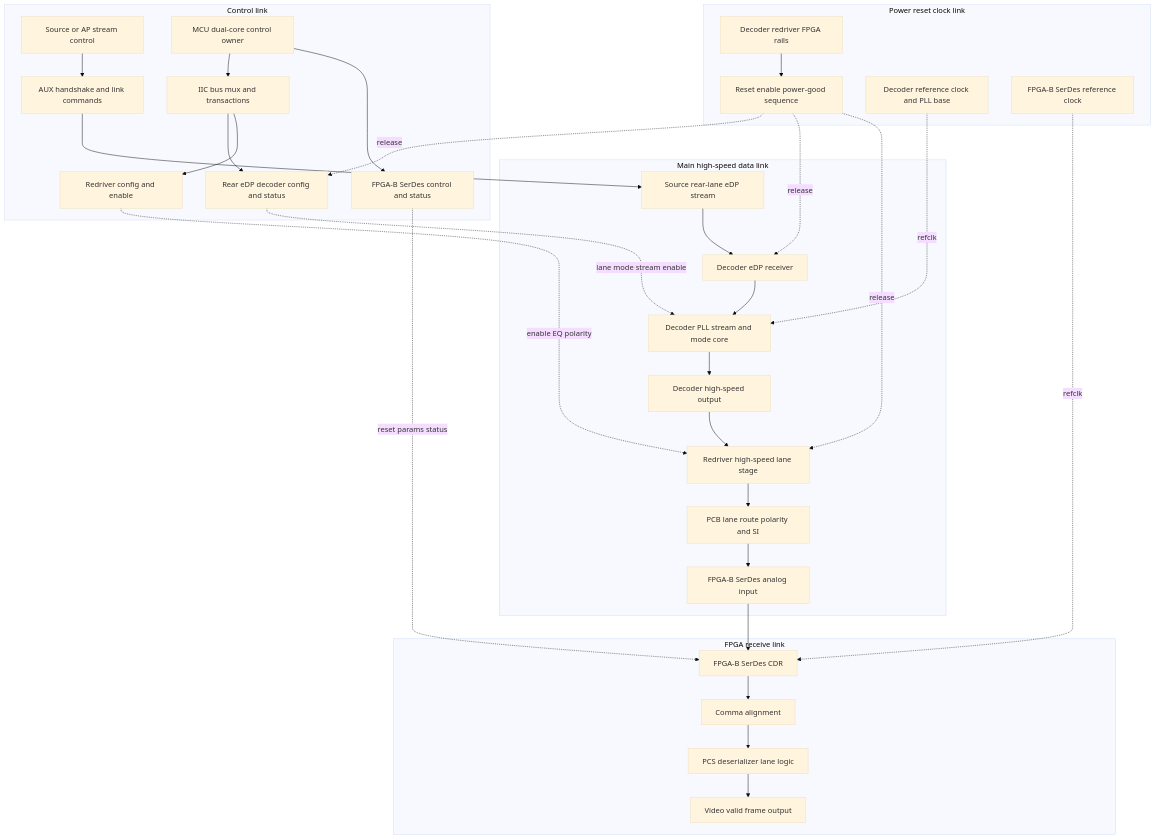
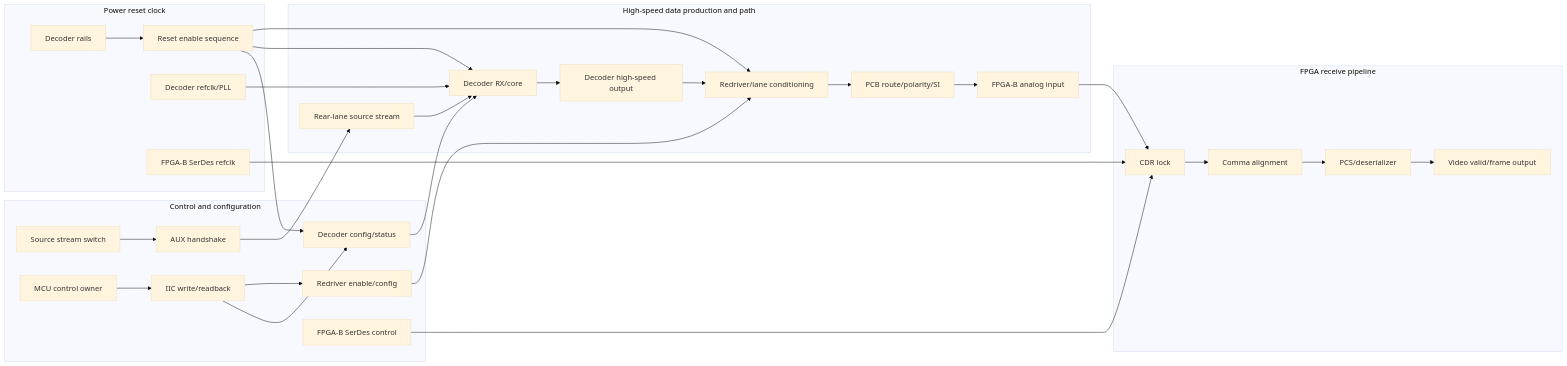
One commit to joyhpc/DebugTool changed the first of 3 diagrams in pilot_runs/PILOT-EDP-AU15P-LINK-MODEL-ARCHITECTURE-FIRST.md. Above: the diagram before and after it, drawn with Mermaid (base theme). The commit also changed other lines of this file, not shown here.

````diff
--- a/pilot_runs/PILOT-EDP-AU15P-LINK-MODEL-ARCHITECTURE-FIRST.md
+++ b/pilot_runs/PILOT-EDP-AU15P-LINK-MODEL-ARCHITECTURE-FIRST.md
@@ -108,64 +78,59 @@
 ```mermaid
-flowchart TD
-subgraph CONTROL[Control link]
-C_HOST[Source or AP stream control]
-C_AUX[AUX handshake and link commands]
-C_MCU[MCU dual-core control owner]
-C_IIC[IIC bus mux and transactions]
-C_DEC_CFG[Rear eDP decoder config and status]
-C_RED_CFG[Redriver config and enable]
-C_FPGA_CTRL[FPGA-B SerDes control and status]
+flowchart LR
+subgraph CONTROL[Control and configuration]
+N1[Source stream switch]
+N2[AUX handshake]
+N3[MCU control owner]
+N4[IIC write/readback]
+N5[Decoder config/status]
+N6[Redriver enable/config]
+N7[FPGA-B SerDes control]
 end
 
-subgraph POWER[Power reset clock link]
-P_RAILS[Decoder redriver FPGA rails]
-P_SEQ[Reset enable power-good sequence]
-P_DEC_CLK[Decoder reference clock and PLL base]
-P_FPGA_CLK[FPGA-B SerDes reference clock]
+subgraph PRC[Power reset clock]
+N8[Decoder rails]
+N9[Reset enable sequence]
+N10[Decoder refclk/PLL]
+N11[FPGA-B SerDes refclk]
 end
 
-subgraph DATA[Main high-speed data link]
-D_SRC[Source rear-lane eDP stream]
-D_DEC_RX[Decoder eDP receiver]
-D_DEC_CORE[Decoder PLL stream and mode core]
-D_DEC_OUT[Decoder high-speed output]
-D_RED[Redriver high-speed lane stage]
-D_ROUTE[PCB lane route polarity and SI]
-D_FPGA_IN[FPGA-B SerDes analog input]
+subgraph DATA[High-speed data production and path]
+N12[Rear-lane source stream]
+N13[Decoder RX/core]
+N14[Decoder high-speed output]
+N15[Redriver/lane conditioning]
+N16[PCB route/polarity/SI]
+N17[FPGA-B analog input]
 end
 
-subgraph FPGA_RX[FPGA receive link]
-R_CDR[FPGA-B SerDes CDR]
-R_COMMA[Comma alignment]
-R_PCS[PCS deserializer lane logic]
-R_VIDEO[Video valid frame output]
+subgraph RX[FPGA receive pipeline]
+N18[CDR lock]
+N19[Comma alignment]
+N20[PCS/deserializer]
+N21[Video valid/frame output]
 end
 
-C_HOST --> C_AUX
-C_MCU --> C_IIC
-C_IIC --> C_DEC_CFG
-C_IIC --> C_RED_CFG
-C_MCU --> C_FPGA_CTRL
-C_AUX --> D_SRC
-C_DEC_CFG -. lane mode stream enable .-> D_DEC_CORE
-C_RED_CFG -. enable EQ polarity .-> D_RED
-C_FPGA_CTRL -. reset params status .-> R_CDR
-
-P_RAILS --> P_SEQ
-P_SEQ -. release .-> C_DEC_CFG
-P_SEQ -. release .-> D_DEC_RX
-P_SEQ -. release .-> D_RED
-P_DEC_CLK -. refclk .-> D_DEC_CORE
-P_FPGA_CLK -. refclk .-> R_CDR
-
-D_SRC --> D_DEC_RX
-D_DEC_RX --> D_DEC_CORE
-D_DEC_CORE --> D_DEC_OUT
-D_DEC_OUT --> D_RED
-D_RED --> D_ROUTE
-D_ROUTE --> D_FPGA_IN
-D_FPGA_IN --> R_CDR
-R_CDR --> R_COMMA
-R_COMMA --> R_PCS
-R_PCS --> R_VIDEO
+N1 --> N2
+N3 --> N4
+N4 --> N5
+N4 --> N6
+N7 --> N18
+N8 --> N9
+N9 --> N5
+N9 --> N13
+N9 --> N15
+N10 --> N13
+N11 --> N18
+N2 --> N12
+N5 --> N13
+N6 --> N15
+N12 --> N13
+N13 --> N14
+N14 --> N15
+N15 --> N16
+N16 --> N17
+N17 --> N18
+N18 --> N19
+N19 --> N20
+N20 --> N21
 ```
````
